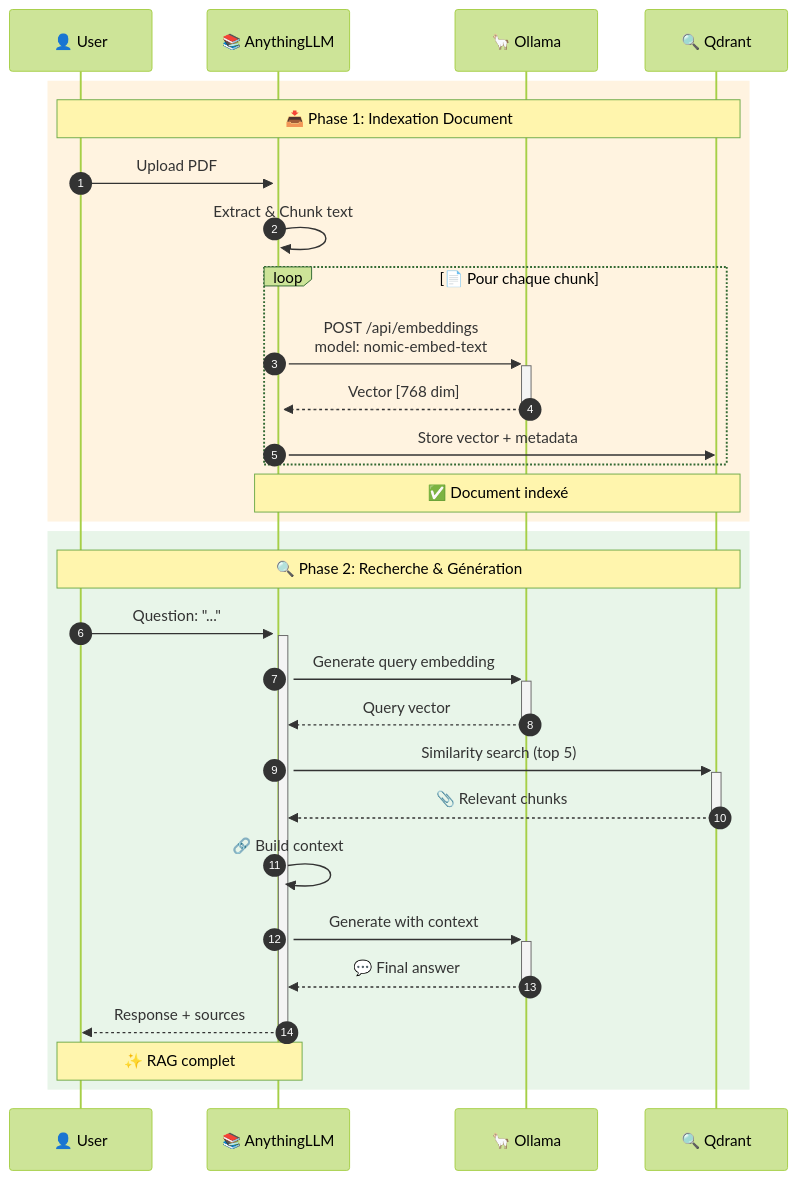
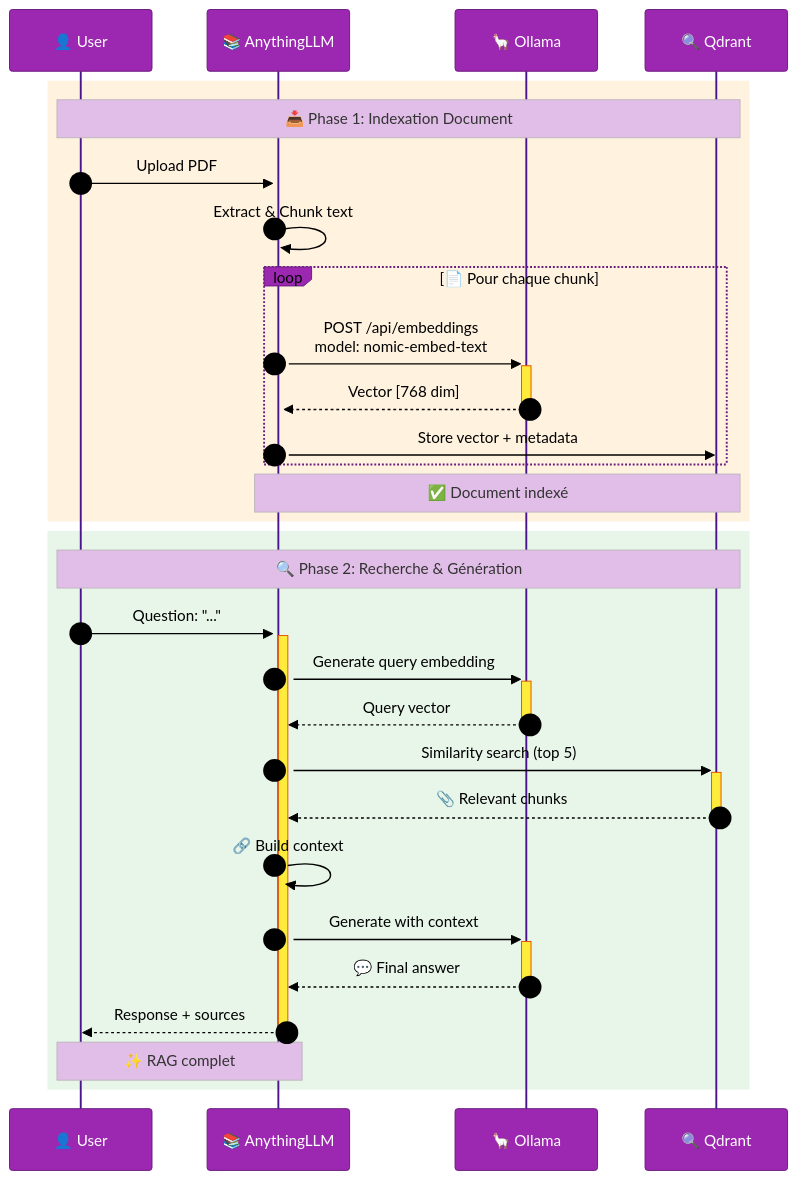
The eighth of 14 diagrams in docs/ARCHITECTURE.md (MPFabio/Stack-IA), drawn with Mermaid before and after one commit. The commit also changed other lines of this file, not shown here.

First line of the commit message:
fix(docs): Fonds colorés FORCES dans themeVariables Mermaid

````diff
--- a/docs/ARCHITECTURE.md
+++ b/docs/ARCHITECTURE.md
@@ -501,35 +501,35 @@
 ```mermaid
-%%{init: {'theme':'forest'}}%%
+%%{init: {'theme':'base', 'themeVariables': {'background':'#f3e5f5','mainBkg':'#f3e5f5','noteBkgColor':'#e1bee7','actorBkg':'#9C27B0','actorBorder':'#6a1b7f','actorTextColor':'#fff','actorLineColor':'#4a148c','signalColor':'#000','signalTextColor':'#000','labelTextColor':'#000','loopTextColor':'#000','activationBkgColor':'#ffeb3b','activationBorderColor':'#e65100','sequenceNumberColor':'#000'}}}%%
 sequenceDiagram
     autonumber
     participant U as 👤 User
     participant A as 📚 AnythingLLM
     participant O as 🦙 Ollama
     participant Q as 🔍 Qdrant
     
     rect rgb(255, 243, 224)
         Note over U,Q: 📥 Phase 1: Indexation Document
         U->>+A: Upload PDF
         A->>A: Extract & Chunk text
         loop 📄 Pour chaque chunk
             A->>+O: POST /api/embeddings<br/>model: nomic-embed-text
             O-->>-A: Vector [768 dim]
             A->>Q: Store vector + metadata
         end
         Note over A,Q: ✅ Document indexé
     end
     
     rect rgb(232, 245, 233)
         Note over U,Q: 🔍 Phase 2: Recherche & Génération
         U->>+A: Question: "..."
         A->>+O: Generate query embedding
         O-->>-A: Query vector
         A->>+Q: Similarity search (top 5)
         Q-->>-A: 📎 Relevant chunks
         A->>A: 🔗 Build context
         A->>+O: Generate with context
         O-->>-A: 💬 Final answer
         A-->>-U: Response + sources
         Note over U,A: ✨ RAG complet
     end
 ```
````
